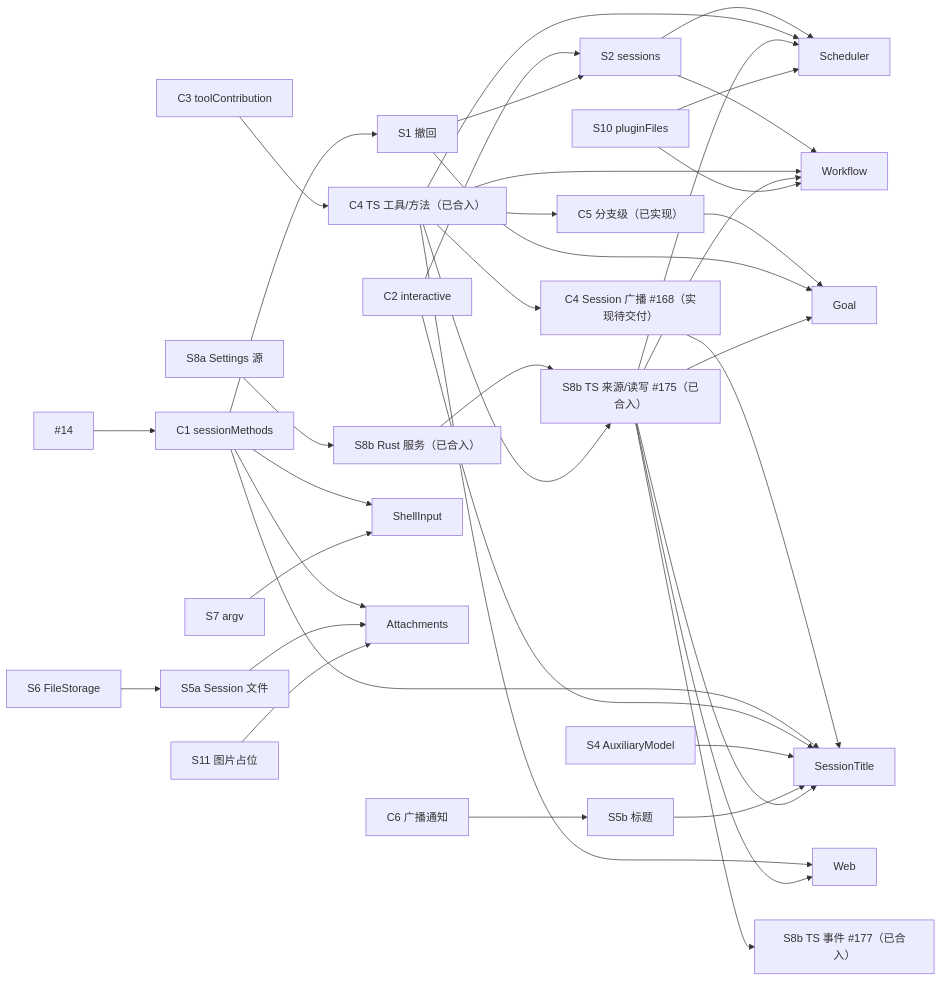
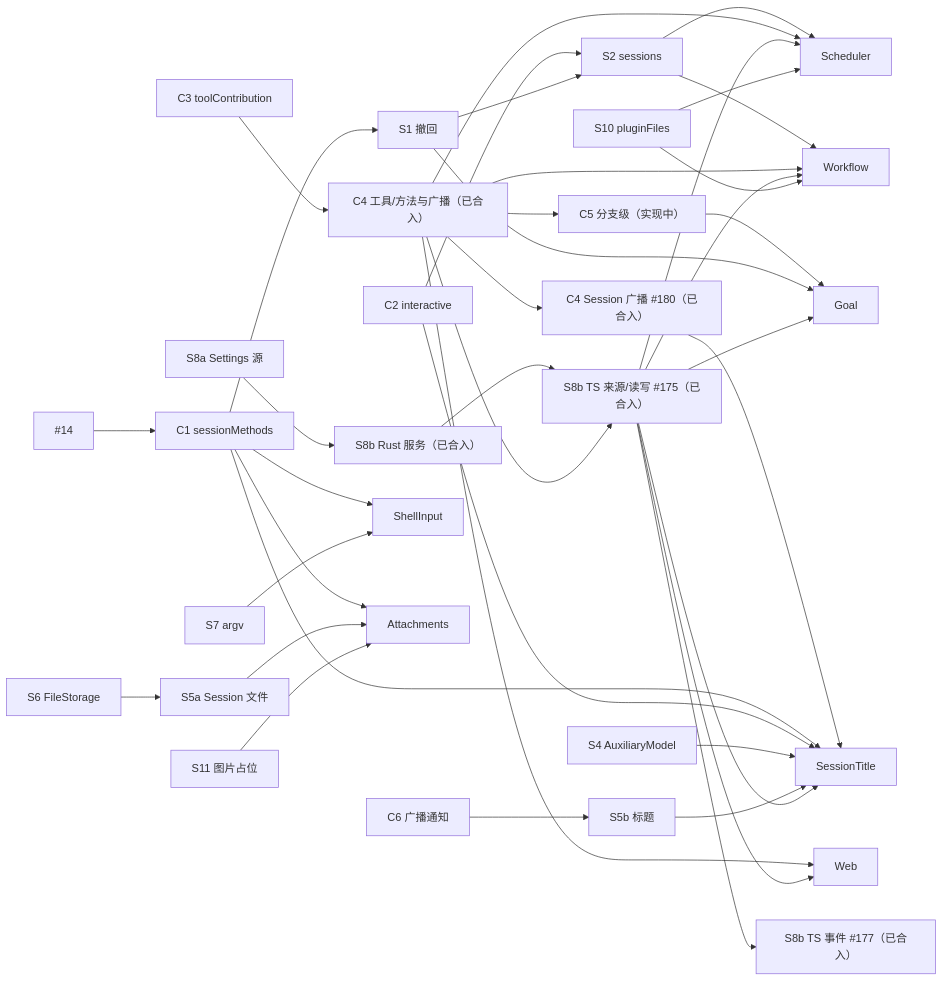
The diagram in docs/design/roadmap.md (arcships/dim), drawn with Mermaid before and after one commit. The commit also changed other lines of this file and 19 other files, not shown here.

````diff
--- a/docs/design/roadmap.md
+++ b/docs/design/roadmap.md
@@ -174,38 +175,38 @@
 ```mermaid
 flowchart LR
   PR14["#14"] --> C1["C1 sessionMethods"]
-  C3["C3 toolContribution"] --> C4["C4 TS 工具/方法（已合入）"] --> C5["C5 分支级（已实现）"]
+  C3["C3 toolContribution"] --> C4["C4 工具/方法与广播（已合入）"] --> C5["C5 分支级（实现中）"]
   C1 --> S1["S1 撤回"]
   C2["C2 interactive"] --> S2["S2 sessions"]
   S1 --> S2
   C6["C6 广播通知"] --> S5b["S5b 标题"]
   S6["S6 FileStorage"] --> S5a["S5a Session 文件"]
 
   C1 --> SH["ShellInput"]
   S7["S7 argv"] --> SH
   C1 --> AT["Attachments"]
   S5a --> AT
   S11["S11 图片占位"] --> AT
   C4 --> WEB["Web"]
   S8a["S8a Settings 源"] --> S8bRust["S8b Rust 服务（已合入）"] --> S8b["S8b TS 来源/读写 #175（已合入）"]
   C4 --> S8b
   S8b --> S8bEvents["S8b TS 事件 #177（已合入）"]
   S8b --> WEB
-  C4 --> Broadcast["C4 Session 广播 #168（实现待交付）"] --> ST["SessionTitle"]
+  C4 --> Broadcast["C4 Session 广播 #180（已合入）"] --> ST["SessionTitle"]
   C1 --> ST
   C2 --> ST
   S4["S4 AuxiliaryModel"] --> ST
   S5b --> ST
   S8b --> ST
   C5 --> GO["Goal"]
   S1 --> GO
   S8b --> GO
   S2 --> SC["Scheduler"]
   S2 --> WF["Workflow"]
   C4 --> SC
   C4 --> WF
   S8b --> SC
   S8b --> WF
   S10["S10 pluginFiles"] --> SC
   S10 --> WF
 ```
````
